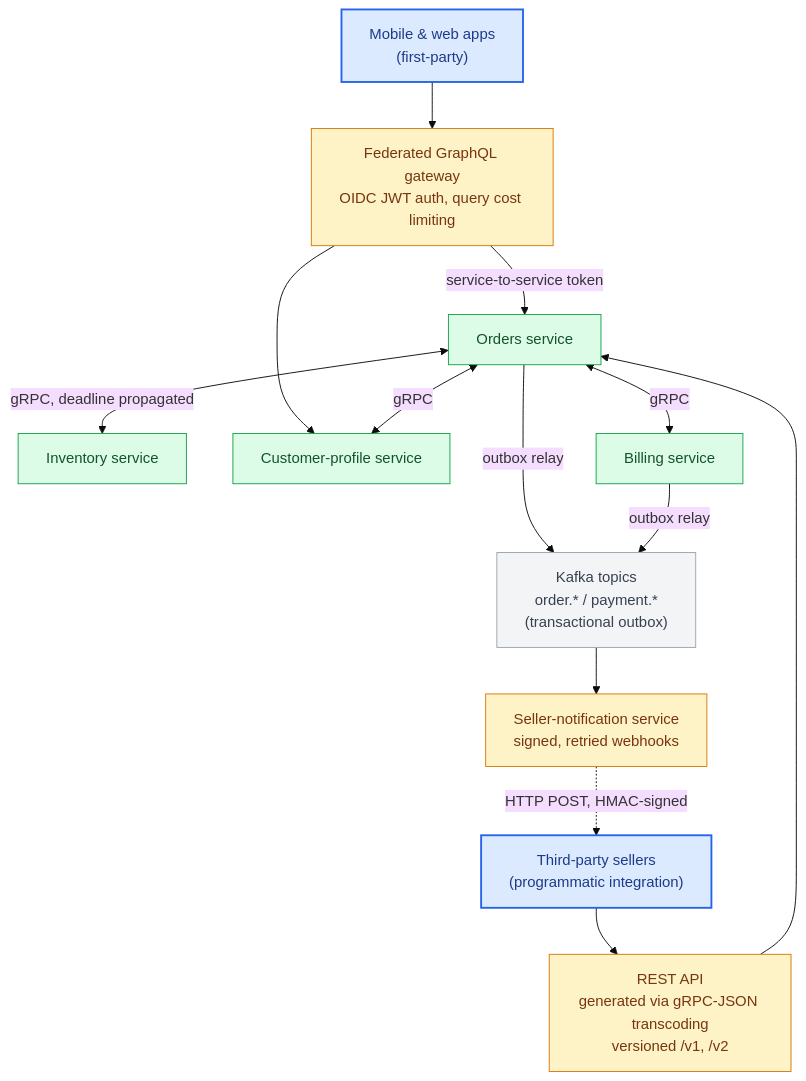
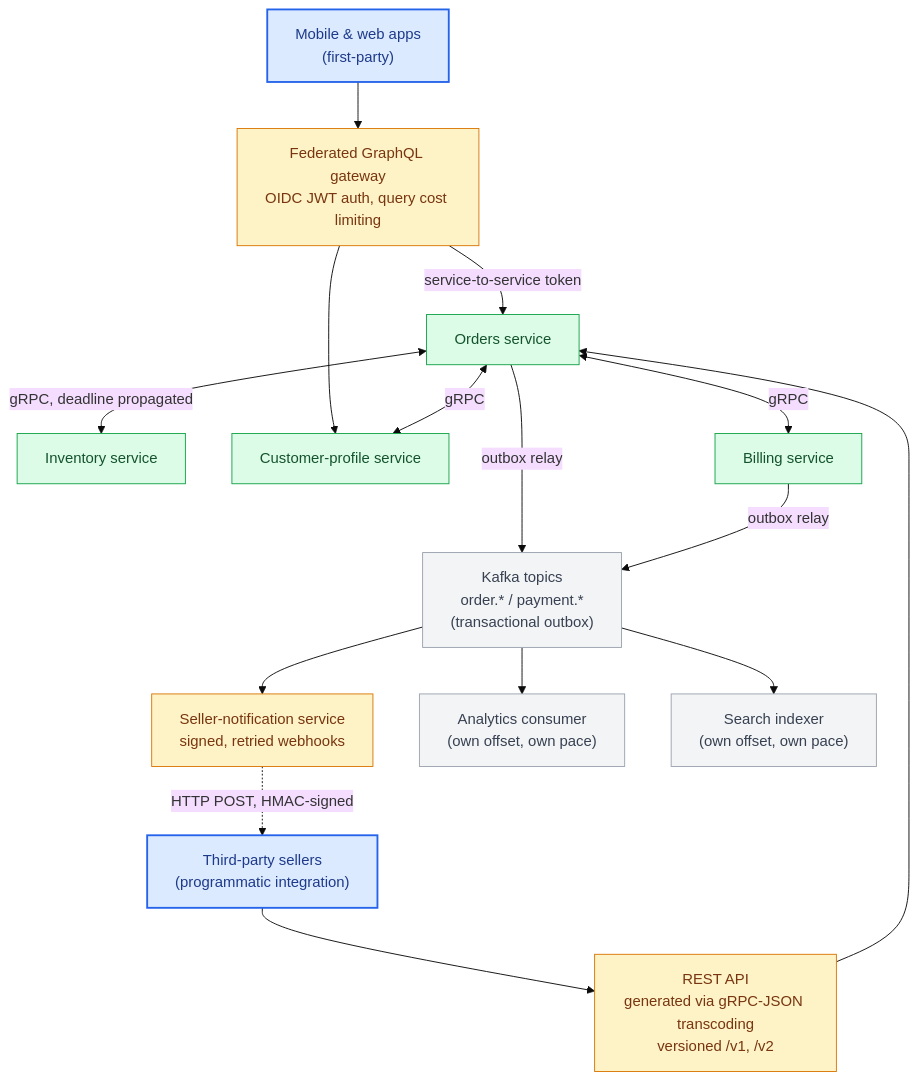
One commit to Nishamol/api-architecture-book changed the first of 2 diagrams in part7-synthesis/22-production-case-study.md. Above: the diagram before and after it, drawn with Mermaid (base theme). The commit also changed other lines of this file and 9 other files, not shown here.

````diff
--- a/part7-synthesis/22-production-case-study.md
+++ b/part7-synthesis/22-production-case-study.md
@@ -33,42 +33,46 @@
 ```mermaid
 flowchart TB
     Mobile["Mobile & web apps<br/>(first-party)"]
     Sellers["Third-party sellers<br/>(programmatic integration)"]
 
     Gateway["Federated GraphQL gateway<br/>OIDC JWT auth, query cost limiting"]
     RESTAPI["REST API<br/>generated via gRPC-JSON transcoding<br/>versioned /v1, /v2"]
 
     Orders["Orders service"]
     Inventory["Inventory service"]
     Customer["Customer-profile service"]
     Billing["Billing service"]
 
     Bus["Kafka topics<br/>order.* / payment.*<br/>(transactional outbox)"]
     Hooks["Seller-notification service<br/>signed, retried webhooks"]
+    Analytics["Analytics consumer<br/>(own offset, own pace)"]
+    Search["Search indexer<br/>(own offset, own pace)"]
 
     Mobile --> Gateway
     Sellers --> RESTAPI
 
     Gateway -->|service-to-service token| Orders
     Gateway --> Customer
     RESTAPI --> Orders
 
     Orders <-->|gRPC, deadline propagated| Inventory
     Orders <-->|gRPC| Customer
     Orders <-->|gRPC| Billing
 
     Orders -->|outbox relay| Bus
     Billing -->|outbox relay| Bus
     Bus --> Hooks
+    Bus --> Analytics
+    Bus --> Search
     Hooks -.->|HTTP POST, HMAC-signed| Sellers
 
     classDef client fill:#dbeafe,stroke:#2563eb,color:#1e3a8a,stroke-width:2px
     classDef security fill:#fef3c7,stroke:#d97706,color:#78350f
     classDef success fill:#dcfce7,stroke:#16a34a,color:#14532d
     classDef neutral fill:#f3f4f6,stroke:#9ca3af,color:#374151
 
     class Mobile,Sellers client
     class Gateway,RESTAPI,Hooks security
     class Orders,Inventory,Customer,Billing success
-    class Bus neutral
+    class Bus,Analytics,Search neutral
 ```
````
